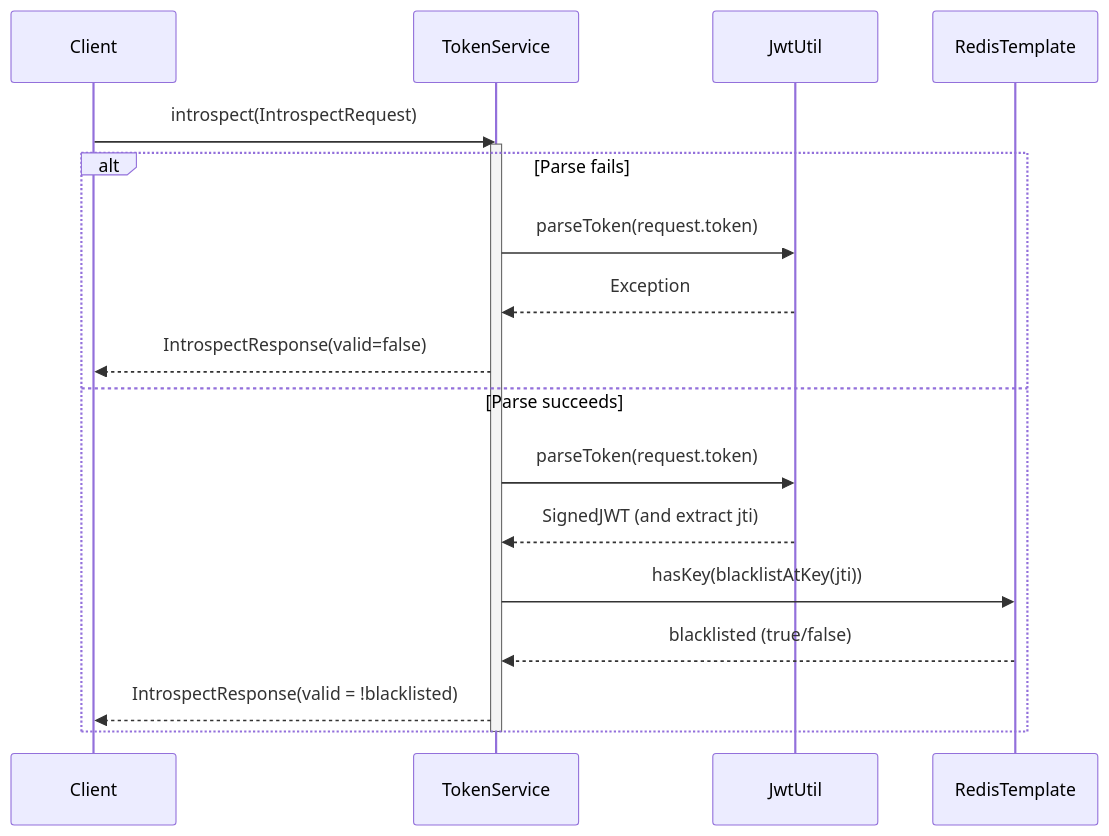
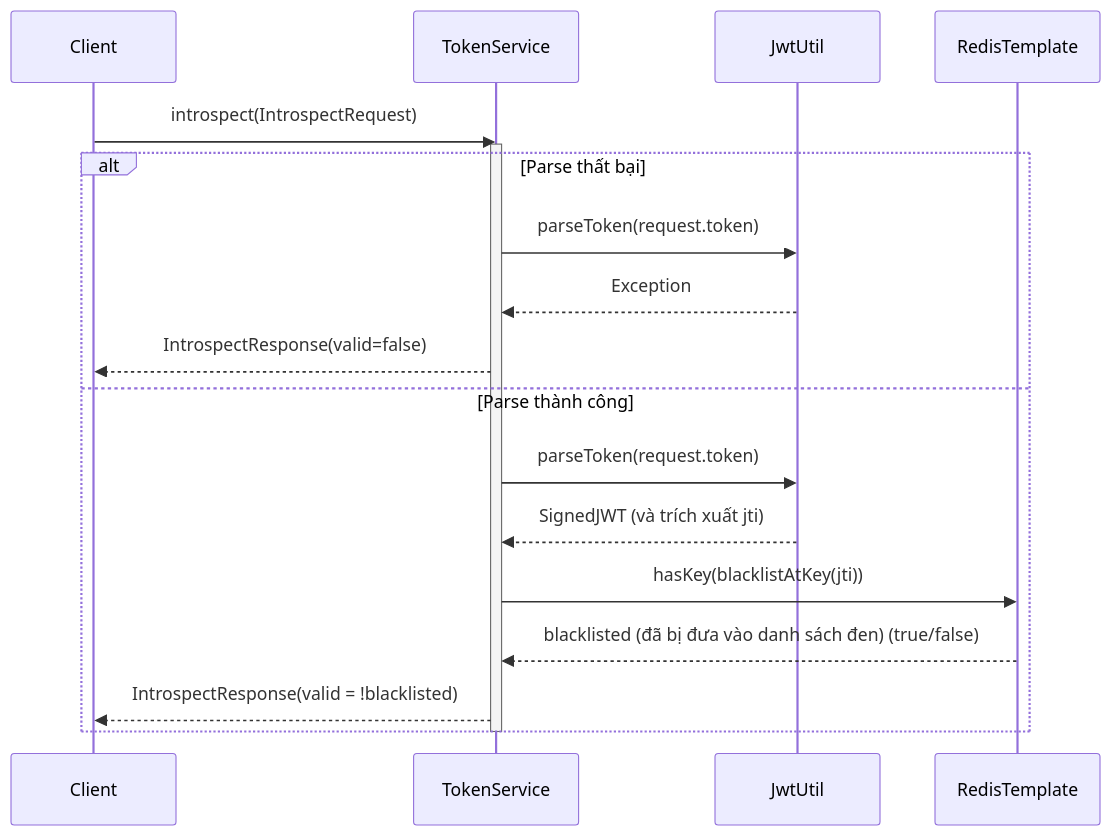
Before and after one commit to aquoc09/easymall: the tenth of 10 diagrams in .agent/sequence/auth_services_sequence_diagrams.md, drawn with Mermaid. The commit also changed other lines of this file and 18 other files, not shown here.

Commit message:
UPDATE: Sequence diagram vietnamese

````diff
--- a/.agent/sequence/auth_services_sequence_diagrams.md
+++ b/.agent/sequence/auth_services_sequence_diagrams.md
@@ -346,25 +346,25 @@
 ```mermaid
 sequenceDiagram
     participant Client
     participant TokenService
     participant JwtUtil
     participant RedisTemplate
 
     Client->>TokenService: introspect(IntrospectRequest)
     activate TokenService
 
-    alt Parse fails
+    alt Parse thất bại
         TokenService->>JwtUtil: parseToken(request.token)
         JwtUtil-->>TokenService: Exception
         TokenService-->>Client: IntrospectResponse(valid=false)
-    else Parse succeeds
+    else Parse thành công
         TokenService->>JwtUtil: parseToken(request.token)
-        JwtUtil-->>TokenService: SignedJWT (and extract jti)
+        JwtUtil-->>TokenService: SignedJWT (và trích xuất jti)
         
         TokenService->>RedisTemplate: hasKey(blacklistAtKey(jti))
-        RedisTemplate-->>TokenService: blacklisted (true/false)
+        RedisTemplate-->>TokenService: blacklisted (đã bị đưa vào danh sách đen) (true/false)
         
         TokenService-->>Client: IntrospectResponse(valid = !blacklisted)
     end
     deactivate TokenService
 ```
````
